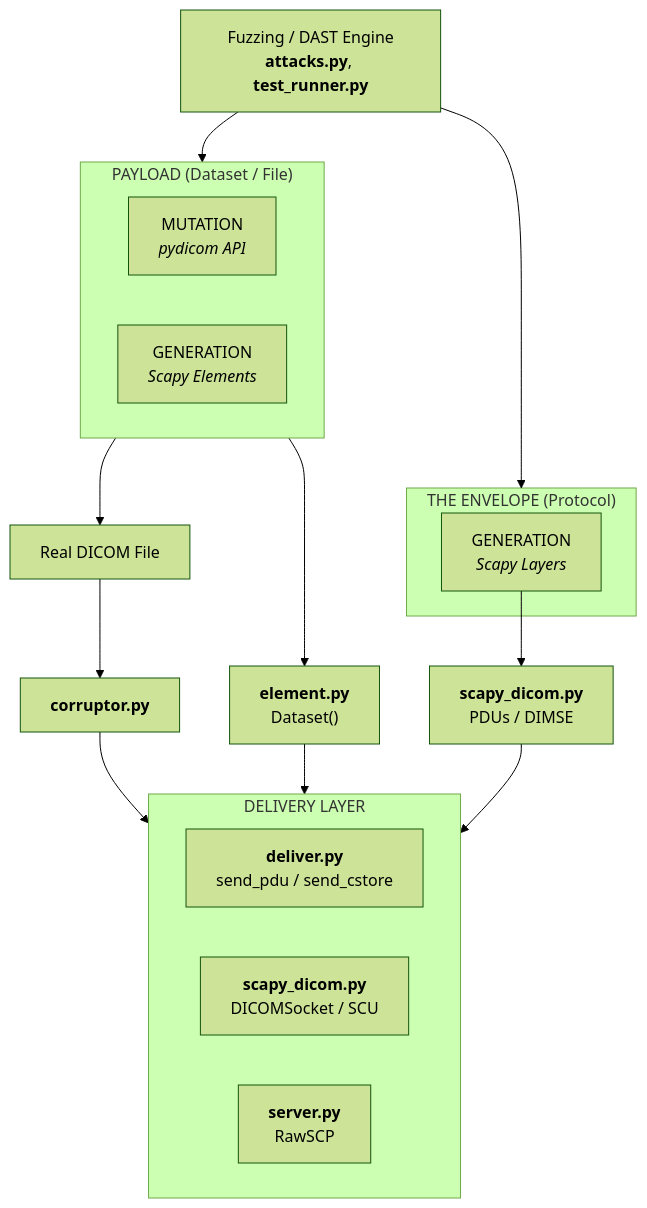
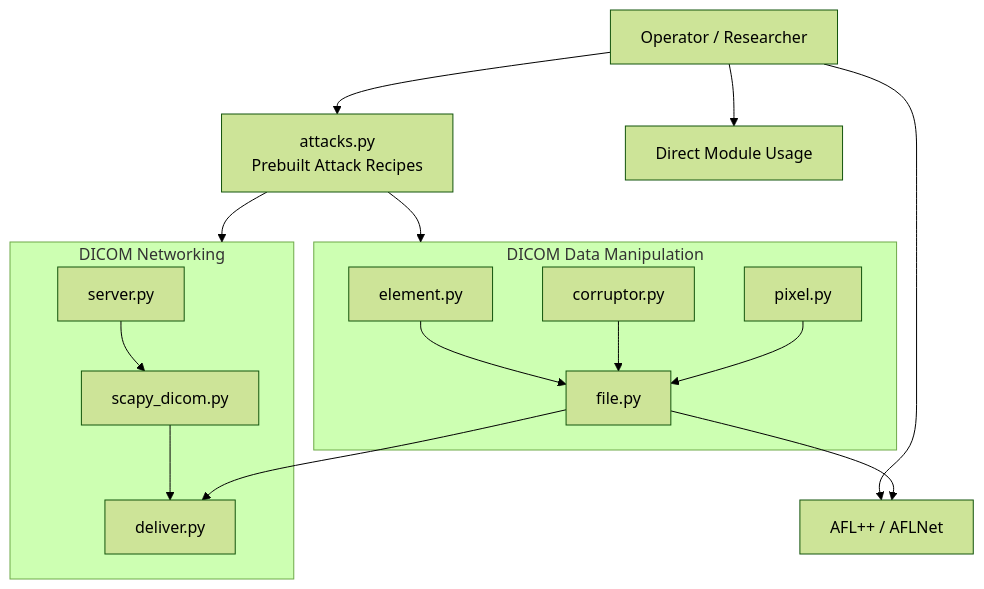
The diagram in README.md (tmart234/C-SCARE), drawn with Mermaid (forest theme) before and after one commit.

````diff
--- a/README.md
+++ b/README.md
@@ -19,33 +19,40 @@
 ```mermaid
-graph TD
-    ENGINE["Fuzzing / DAST Engine<br/><b>attacks.py</b>, <b>test_runner.py</b>"]
+flowchart TD
 
-    ENGINE --> PAYLOAD
-    ENGINE --> ENVELOPE
+    USER["Operator / Researcher"]
 
-    subgraph PAYLOAD ["PAYLOAD (Dataset / File)"]
-        direction LR
-        MUT["MUTATION<br/><i>pydicom API</i>"]
-        GEN["GENERATION<br/><i>Scapy Elements</i>"]
+    USER --> ATTACKS
+    USER --> RAW_API
+    USER --> AFL
+
+    ATTACKS["attacks.py<br/>Prebuilt Attack Recipes"]
+
+    subgraph DATA["DICOM Data Manipulation"]
+        ELEMENT["element.py"]
+        CORRUPTOR["corruptor.py"]
+        PIXEL["pixel.py"]
+        FILE["file.py"]
     end
 
-    subgraph ENVELOPE ["THE ENVELOPE (Protocol)"]
-        PGEN["GENERATION<br/><i>Scapy Layers</i>"]
+    subgraph NET["DICOM Networking"]
+        SCAPY["scapy_dicom.py"]
+        SERVER["server.py"]
+        DELIVER["deliver.py"]
     end
 
-    MUT --> REAL["Real DICOM File"]
-    REAL --> COR["<b>corruptor.py</b>"]
-    GEN --> ELEM["<b>element.py</b><br/>Dataset()"]
+    AFL["AFL++ / AFLNet"]
+    RAW_API["Direct Module Usage"]
 
-    PGEN --> SCAPY_PDU["<b>scapy_dicom.py</b><br/>PDUs / DIMSE"]
+    ATTACKS --> DATA
+    ATTACKS --> NET
 
-    COR --> DELIVER
-    ELEM --> DELIVER
-    SCAPY_PDU --> DELIVER
+    ELEMENT --> FILE
+    CORRUPTOR --> FILE
+    PIXEL --> FILE
 
-    subgraph DELIVER ["DELIVERY LAYER"]
-        DEL["<b>deliver.py</b><br/>send_pdu / send_cstore"]
-        SCU["<b>scapy_dicom.py</b><br/>DICOMSocket / SCU"]
-        SCP["<b>server.py</b><br/>RawSCP"]
-    end
+    SCAPY --> DELIVER
+    SERVER --> SCAPY
+
+    FILE --> AFL
+    FILE --> DELIVER
 ```
````
